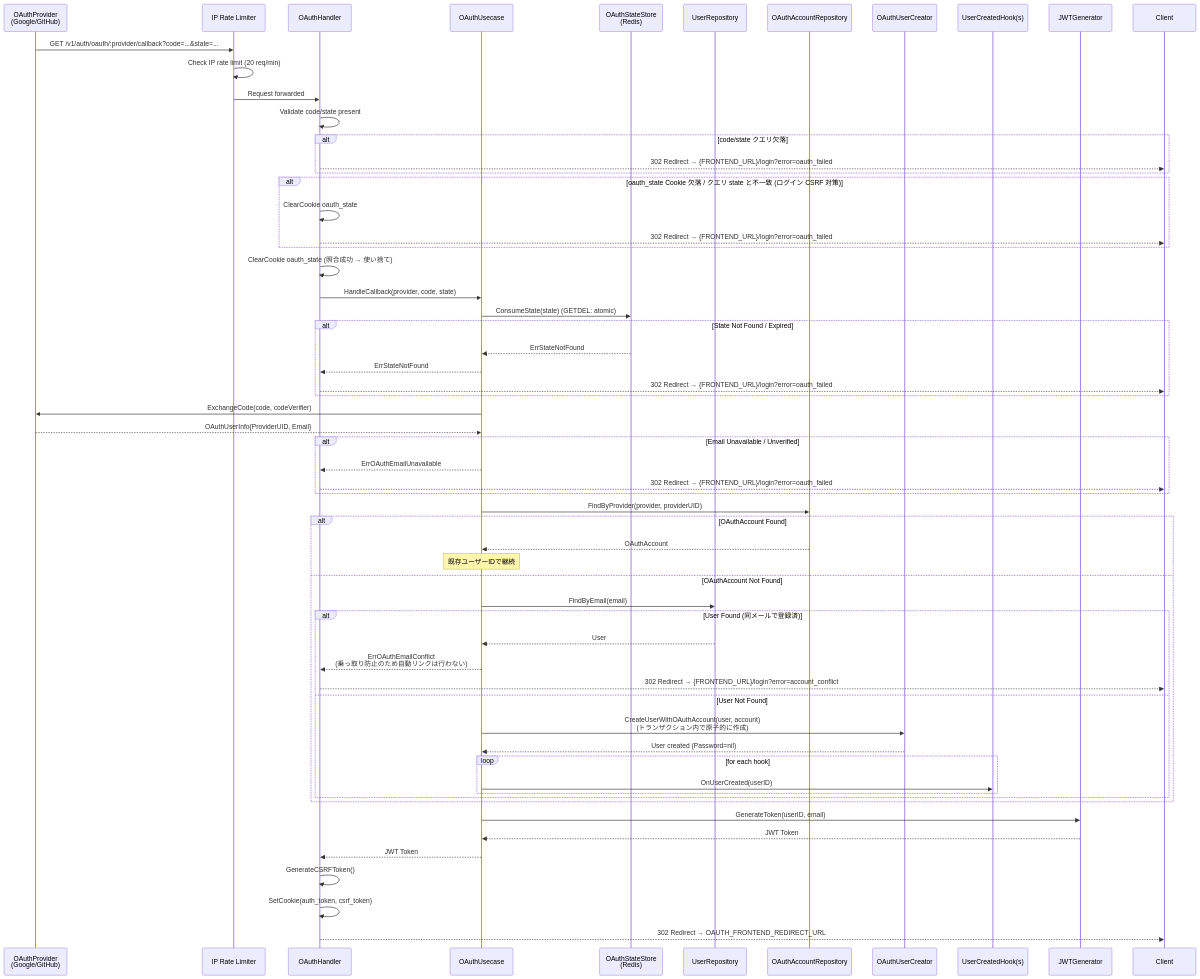
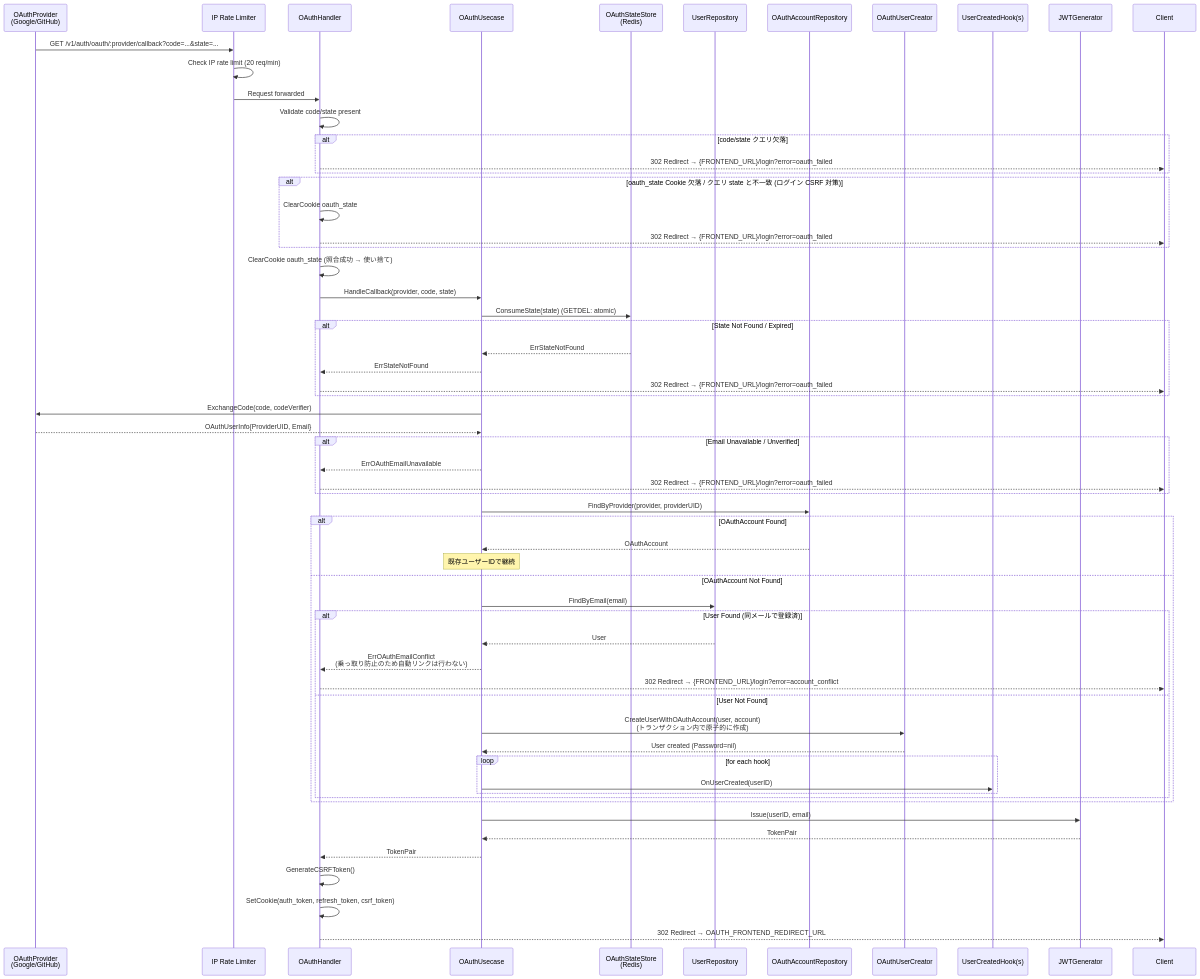
The sixth of 7 diagrams in docs/features/auth.md (UCHIDAnobuhiro/stock-backend), drawn with Mermaid before and after one commit. The commit also changed other lines of this file and 47 other files, not shown here.

````diff
--- a/docs/features/auth.md
+++ b/docs/features/auth.md
@@ -179,72 +207,72 @@
 ```mermaid
 sequenceDiagram
     participant Provider as OAuthProvider<br/>(Google/GitHub)
     participant RateLimit as IP Rate Limiter
     participant Handler as OAuthHandler
     participant Usecase as OAuthUsecase
     participant StateStore as OAuthStateStore<br/>(Redis)
     participant UserRepo as UserRepository
     participant OAuthRepo as OAuthAccountRepository
     participant Creator as OAuthUserCreator
     participant Hooks as UserCreatedHook(s)
     participant JWT as JWTGenerator
 
     Provider->>RateLimit: GET /v1/auth/oauth/:provider/callback?code=...&state=...
     RateLimit->>RateLimit: Check IP rate limit (20 req/min)
     RateLimit->>Handler: Request forwarded
     Handler->>Handler: Validate code/state present
 
     alt code/state クエリ欠落
         Handler-->>Client: 302 Redirect → {FRONTEND_URL}/login?error=oauth_failed
     end
 
     alt oauth_state Cookie 欠落 / クエリ state と不一致 (ログイン CSRF 対策)
         Handler->>Handler: ClearCookie oauth_state
         Handler-->>Client: 302 Redirect → {FRONTEND_URL}/login?error=oauth_failed
     end
 
     Handler->>Handler: ClearCookie oauth_state (照合成功 → 使い捨て)
     Handler->>Usecase: HandleCallback(provider, code, state)
     Usecase->>StateStore: ConsumeState(state) (GETDEL: atomic)
 
     alt State Not Found / Expired
         StateStore-->>Usecase: ErrStateNotFound
         Usecase-->>Handler: ErrStateNotFound
         Handler-->>Client: 302 Redirect → {FRONTEND_URL}/login?error=oauth_failed
     end
 
     Usecase->>Provider: ExchangeCode(code, codeVerifier)
     Provider-->>Usecase: OAuthUserInfo{ProviderUID, Email}
 
     alt Email Unavailable / Unverified
         Usecase-->>Handler: ErrOAuthEmailUnavailable
         Handler-->>Client: 302 Redirect → {FRONTEND_URL}/login?error=oauth_failed
     end
 
     Usecase->>OAuthRepo: FindByProvider(provider, providerUID)
 
     alt OAuthAccount Found
         OAuthRepo-->>Usecase: OAuthAccount
         Note over Usecase: 既存ユーザーIDで継続
     else OAuthAccount Not Found
         Usecase->>UserRepo: FindByEmail(email)
         alt User Found (同メールで登録済)
             UserRepo-->>Usecase: User
             Usecase-->>Handler: ErrOAuthEmailConflict<br/>(乗っ取り防止のため自動リンクは行わない)
             Handler-->>Client: 302 Redirect → {FRONTEND_URL}/login?error=account_conflict
         else User Not Found
             Usecase->>Creator: CreateUserWithOAuthAccount(user, account)<br/>(トランザクション内で原子的に作成)
             Creator-->>Usecase: User created (Password=nil)
             loop for each hook
                 Usecase->>Hooks: OnUserCreated(userID)
             end
         end
     end
 
-    Usecase->>JWT: GenerateToken(userID, email)
-    JWT-->>Usecase: JWT Token
-    Usecase-->>Handler: JWT Token
+    Usecase->>JWT: Issue(userID, email)
+    JWT-->>Usecase: TokenPair
+    Usecase-->>Handler: TokenPair
     Handler->>Handler: GenerateCSRFToken()
-    Handler->>Handler: SetCookie(auth_token, csrf_token)
+    Handler->>Handler: SetCookie(auth_token, refresh_token, csrf_token)
     Handler-->>Client: 302 Redirect → OAUTH_FRONTEND_REDIRECT_URL
 ```
````
